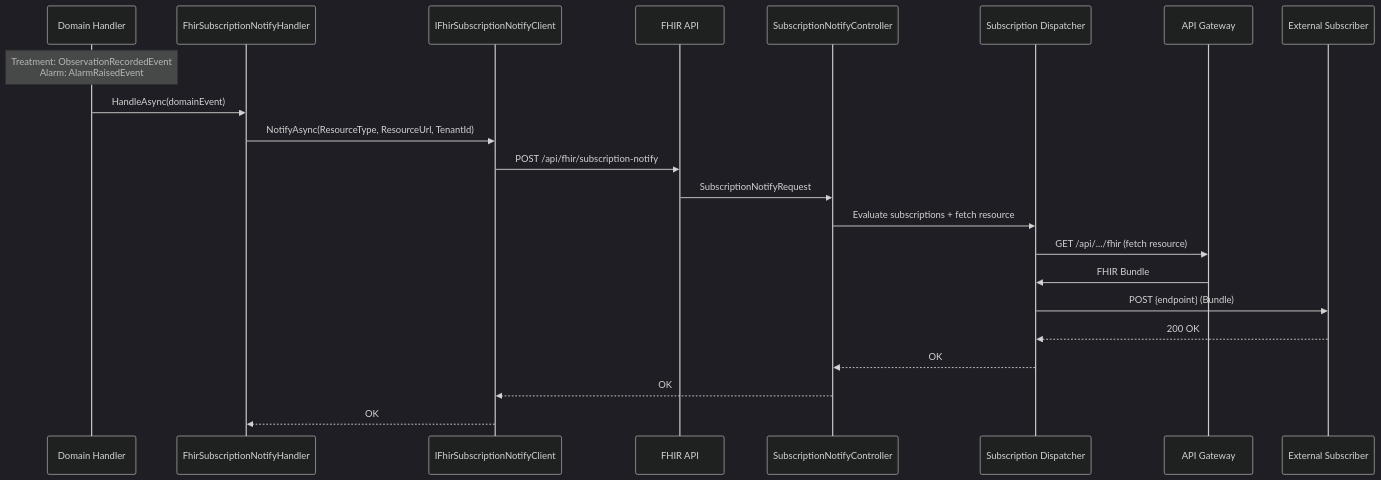
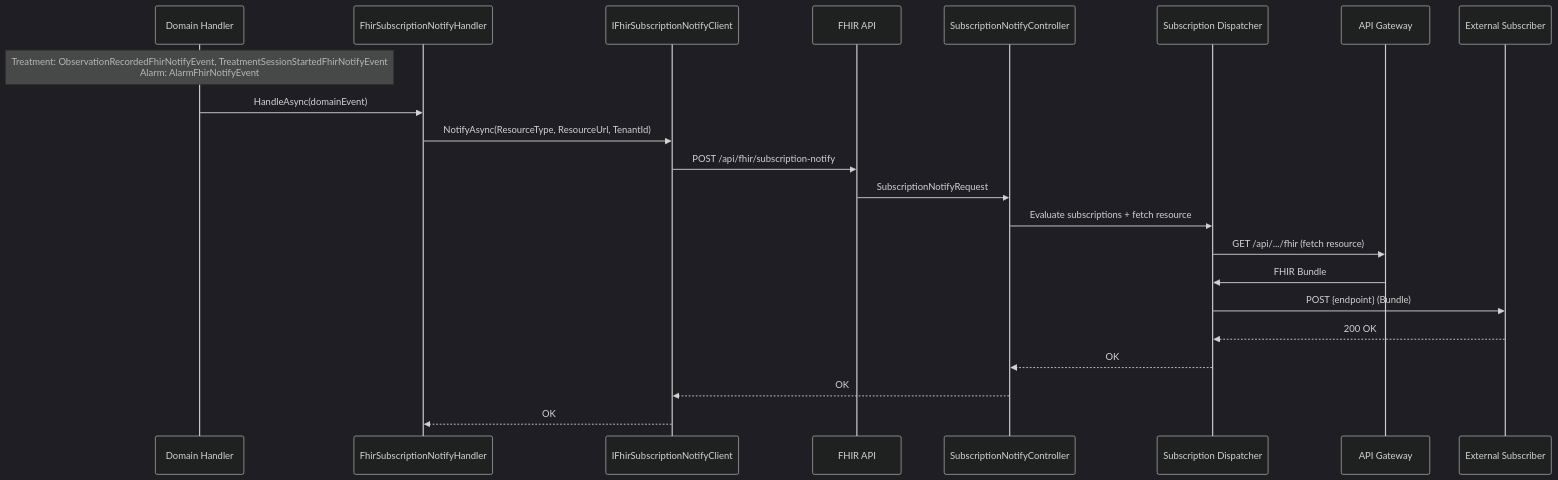
The sixth of 12 diagrams in docs/SYSTEM-ARCHITECTURE-LOW-LEVEL.md (Ahmed-Shehzad/Dialysis), drawn with Mermaid (dark theme) before and after one commit. The commit also changed 106 other files, not shown here.

````diff
--- a/docs/SYSTEM-ARCHITECTURE-LOW-LEVEL.md
+++ b/docs/SYSTEM-ARCHITECTURE-LOW-LEVEL.md
@@ -218,27 +218,27 @@
 ```mermaid
 sequenceDiagram
     participant Handler as Domain Handler
     participant FH as FhirSubscriptionNotifyHandler
     participant Client as IFhirSubscriptionNotifyClient
     participant FhirApi as FHIR API
     participant SubCtrl as SubscriptionNotifyController
     participant Dispatcher as Subscription Dispatcher
     participant Gateway as API Gateway
     participant Subscriber as External Subscriber
 
-    Note over Handler: Treatment: ObservationRecordedEvent<br/>Alarm: AlarmRaisedEvent
+    Note over Handler: Treatment: ObservationRecordedFhirNotifyEvent, TreatmentSessionStartedFhirNotifyEvent<br/>Alarm: AlarmFhirNotifyEvent
     Handler->>FH: HandleAsync(domainEvent)
     FH->>Client: NotifyAsync(ResourceType, ResourceUrl, TenantId)
 
     Client->>FhirApi: POST /api/fhir/subscription-notify
     FhirApi->>SubCtrl: SubscriptionNotifyRequest
     SubCtrl->>Dispatcher: Evaluate subscriptions + fetch resource
 
     Dispatcher->>Gateway: GET /api/.../fhir (fetch resource)
     Gateway->>Dispatcher: FHIR Bundle
     Dispatcher->>Subscriber: POST {endpoint} (Bundle)
     Subscriber-->>Dispatcher: 200 OK
     Dispatcher-->>SubCtrl: OK
     SubCtrl-->>Client: OK
     Client-->>FH: OK
 ```
````
